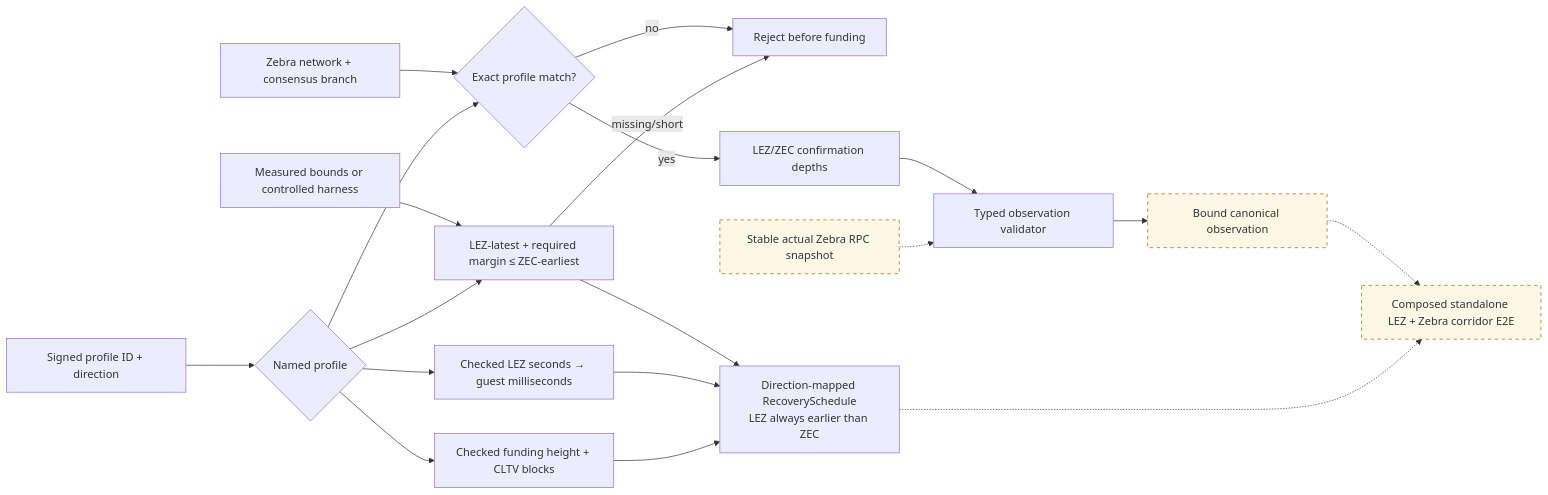
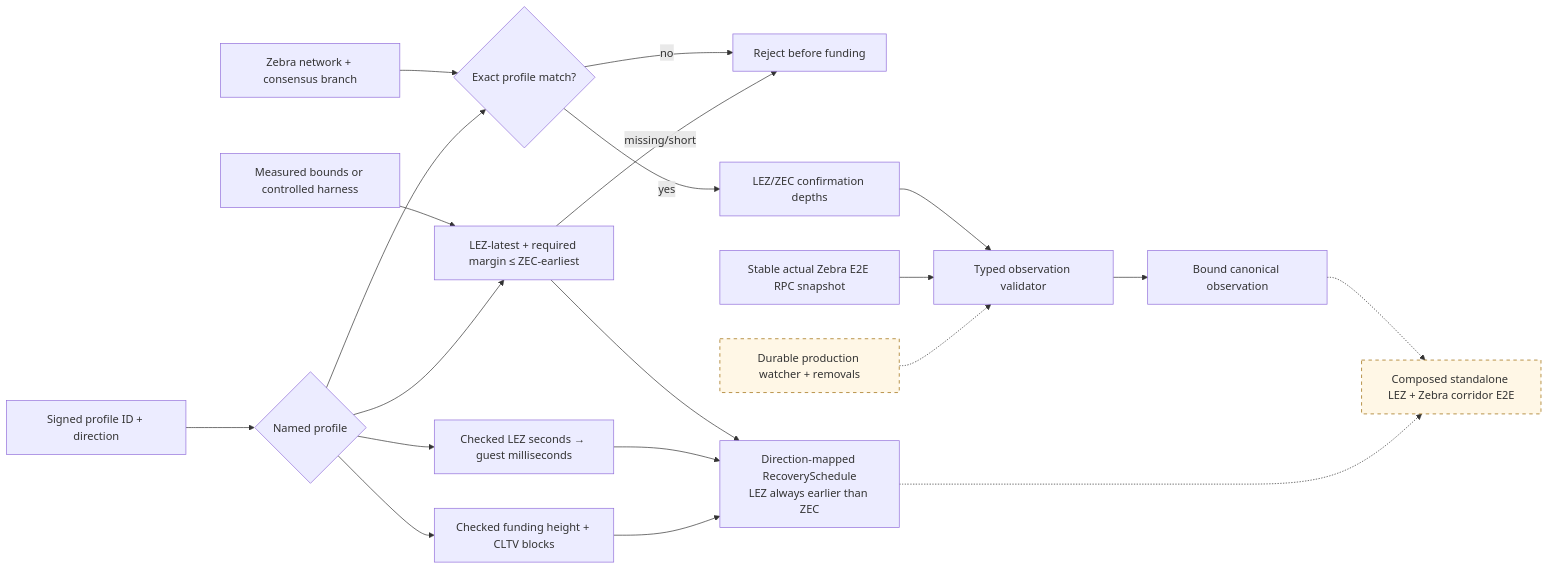
One commit to gateway-fm/lez-atomic-swaps changed the sixth of 9 diagrams in docs/architecture/system-architecture.md. Above: the diagram before and after it, drawn with Mermaid. The commit also changed other lines of this file and 8 other files, not shown here.

Commit message:
test: bind Zcash observations to actual RPC

````diff
--- a/docs/architecture/system-architecture.md
+++ b/docs/architecture/system-architecture.md
@@ -273,24 +273,25 @@
 ```mermaid
 flowchart LR
     Terms["Signed profile ID + direction"] --> Select{"Named profile"}
     Node["Zebra network + consensus branch"] --> Validate{"Exact profile match?"}
     Select --> Validate
     Validate -->|"no"| Reject["Reject before funding"]
     Validate -->|"yes"| Depths["LEZ/ZEC confirmation depths"]
     Select --> LezDeadline["Checked LEZ seconds → guest milliseconds"]
     Select --> ZecDeadline["Checked funding height + CLTV blocks"]
     Telemetry["Measured bounds or controlled harness"] --> Safety["LEZ-latest + required margin ≤ ZEC-earliest"]
     Select --> Safety
     Safety -->|"missing/short"| Reject
     Safety --> Schedule["Direction-mapped RecoverySchedule<br/>LEZ always earlier than ZEC"]
     Depths --> Validator["Typed observation validator"]
-    ZebraRPC["Stable actual Zebra RPC snapshot"] -.-> Validator
+    ZebraE2E["Stable actual Zebra E2E RPC snapshot"] --> Validator
+    Watcher["Durable production watcher + removals"] -.-> Validator
     Validator --> Observe["Bound canonical observation"]
     LezDeadline --> Schedule
     ZecDeadline --> Schedule
     Observe -.-> Composed["Composed standalone LEZ + Zebra corridor E2E"]
     Schedule -.-> Composed
 
     classDef planned stroke-dasharray: 5 5,fill:#fff7e6,stroke:#9a6700;
-    class ZebraRPC,Observe,Composed planned;
+    class Watcher,Composed planned;
 ```
````
